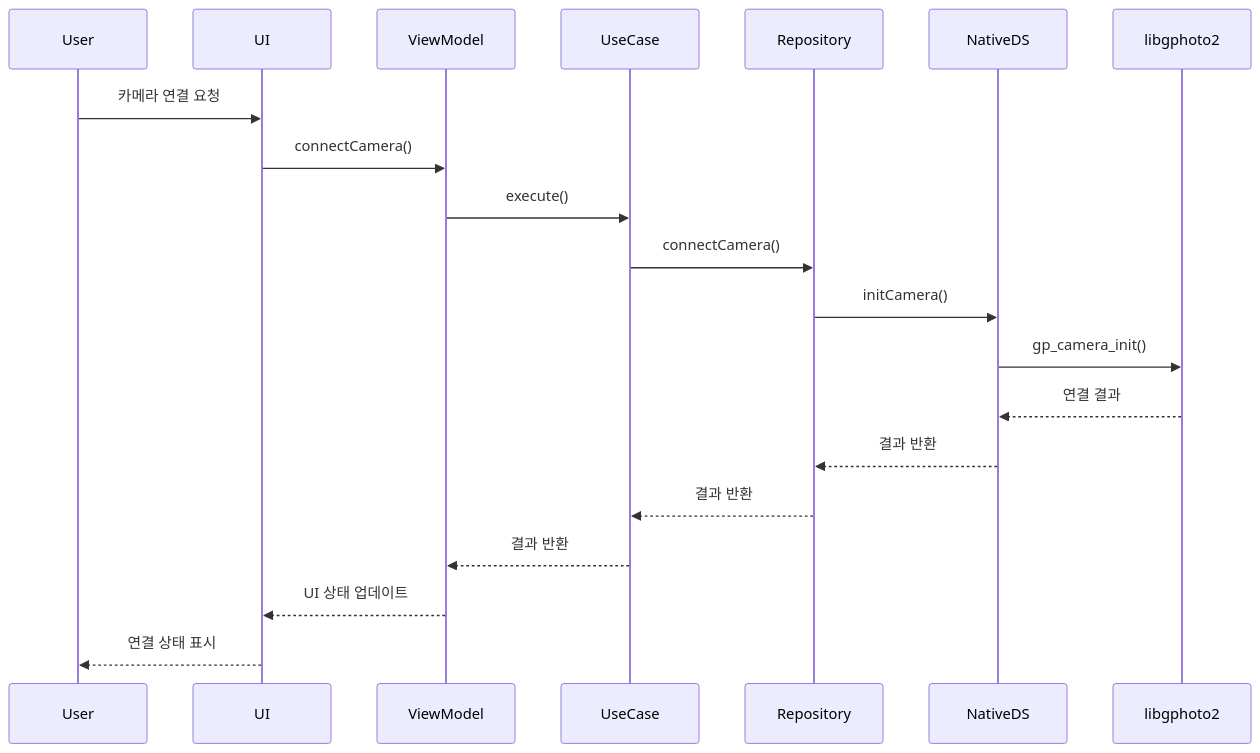
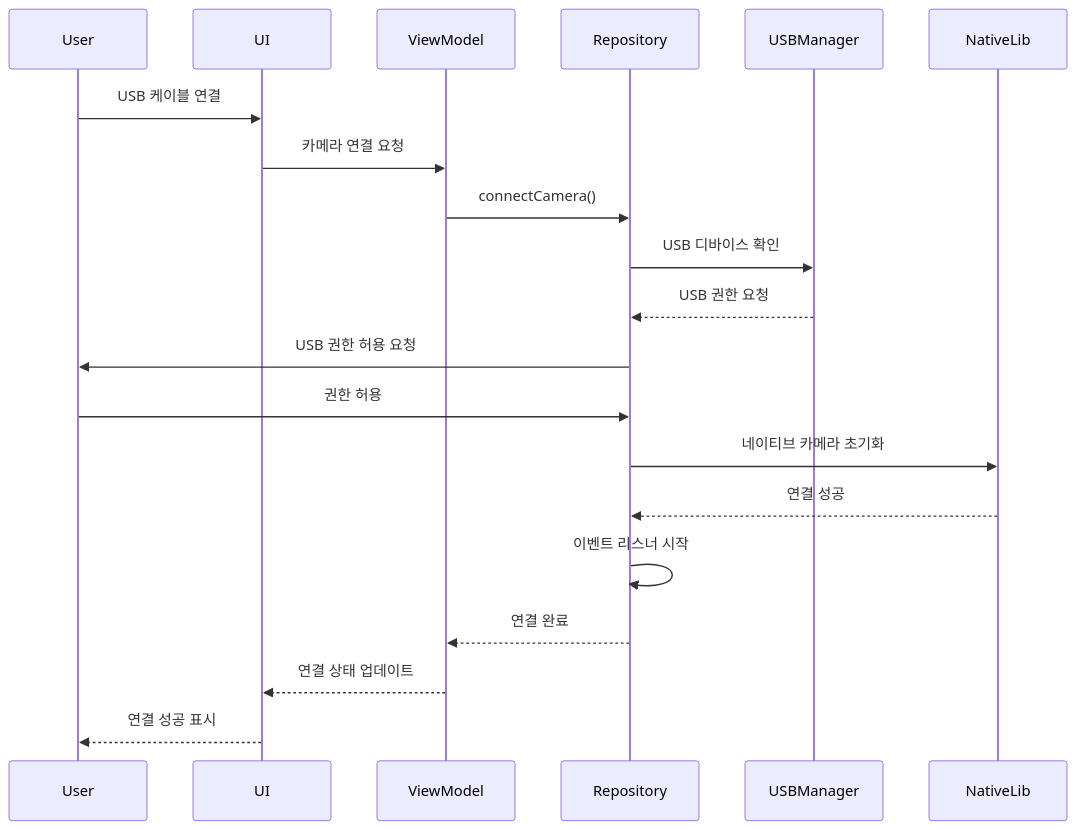
Before and after one commit to INI-K/CamCon_Pub: the third of 6 diagrams in README.md, drawn with Mermaid. The commit also changed other lines of this file and 5 other files, not shown here.

````diff
--- a/README.md
+++ b/README.md
@@ -210,23 +150,23 @@
 ```mermaid
 sequenceDiagram
     participant User
     participant UI
     participant ViewModel
-    participant UseCase
     participant Repository
-    participant NativeDS
-    participant libgphoto2
+    participant USBManager
+    participant NativeLib
     
-    User->>UI: 카메라 연결 요청
-    UI->>ViewModel: connectCamera()
-    ViewModel->>UseCase: execute()
-    UseCase->>Repository: connectCamera()
-    Repository->>NativeDS: initCamera()
-    NativeDS->>libgphoto2: gp_camera_init()
-    libgphoto2-->>NativeDS: 연결 결과
-    NativeDS-->>Repository: 결과 반환
-    Repository-->>UseCase: 결과 반환
-    UseCase-->>ViewModel: 결과 반환
-    ViewModel-->>UI: UI 상태 업데이트
-    UI-->>User: 연결 상태 표시
+    User->>UI: USB 케이블 연결
+    UI->>ViewModel: 카메라 연결 요청
+    ViewModel->>Repository: connectCamera()
+    Repository->>USBManager: USB 디바이스 확인
+    USBManager-->>Repository: USB 권한 요청
+    Repository->>User: USB 권한 허용 요청
+    User->>Repository: 권한 허용
+    Repository->>NativeLib: 네이티브 카메라 초기화
+    NativeLib-->>Repository: 연결 성공
+    Repository->>Repository: 이벤트 리스너 시작
+    Repository-->>ViewModel: 연결 완료
+    ViewModel-->>UI: 연결 상태 업데이트
+    UI-->>User: 연결 성공 표시
 ```
````
